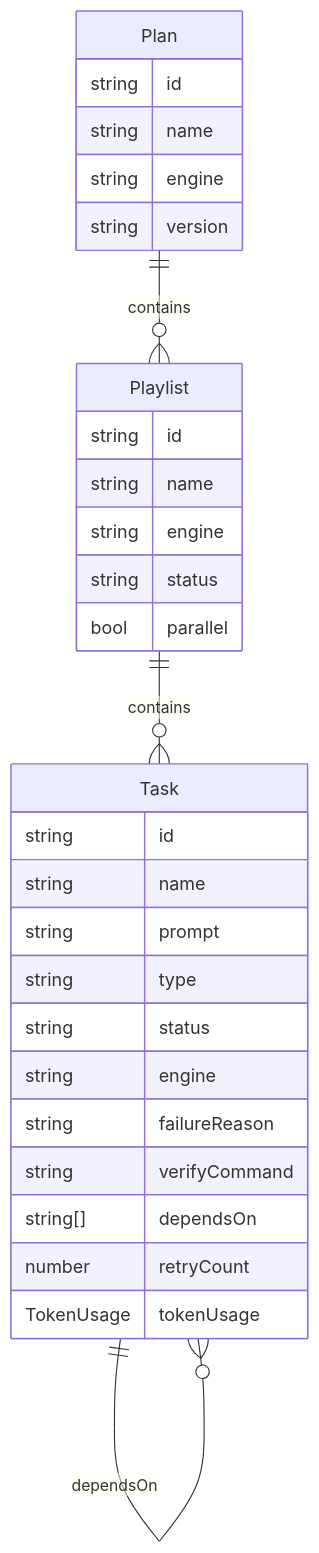
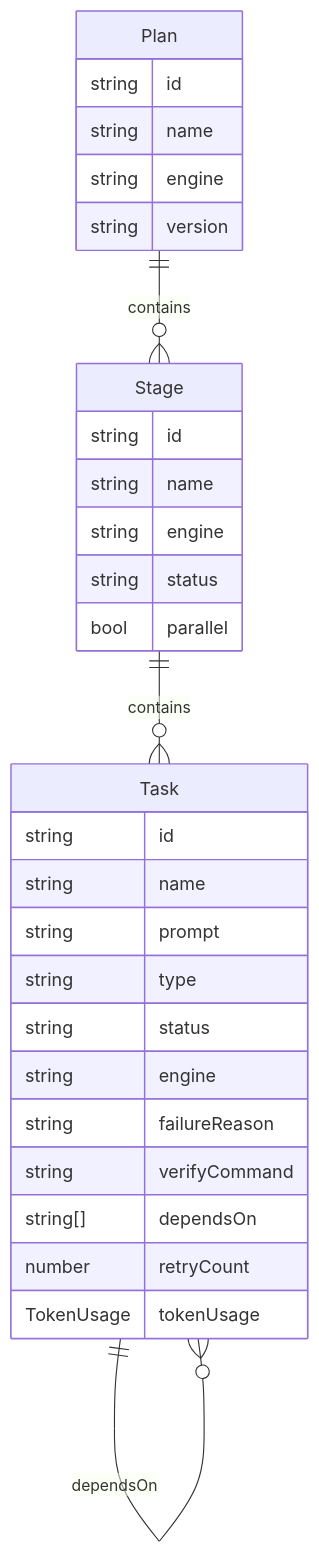
The fifth of 7 diagrams in docs/architecture.md (sujan-poudel-03/moag), drawn with Mermaid before and after one commit. The commit also changed other lines of this file and 39 other files, not shown here.

First line of the commit message:
feat: Playlist is now called Stage everywhere a user reads it

````diff
--- a/docs/architecture.md
+++ b/docs/architecture.md
@@ -178,32 +178,32 @@
 ```mermaid
 erDiagram
     Plan {
         string id
         string name
         string engine
         string version
     }
-    Playlist {
+    Stage {
         string id
         string name
         string engine
         string status
         bool parallel
     }
     Task {
         string id
         string name
         string prompt
         string type
         string status
         string engine
         string failureReason
         string verifyCommand
         string[] dependsOn
         number retryCount
         TokenUsage tokenUsage
     }
-    Plan ||--o{ Playlist : contains
-    Playlist ||--o{ Task : contains
+    Plan ||--o{ Stage : contains
+    Stage ||--o{ Task : contains
     Task ||--o{ Task : dependsOn
 ```
````
